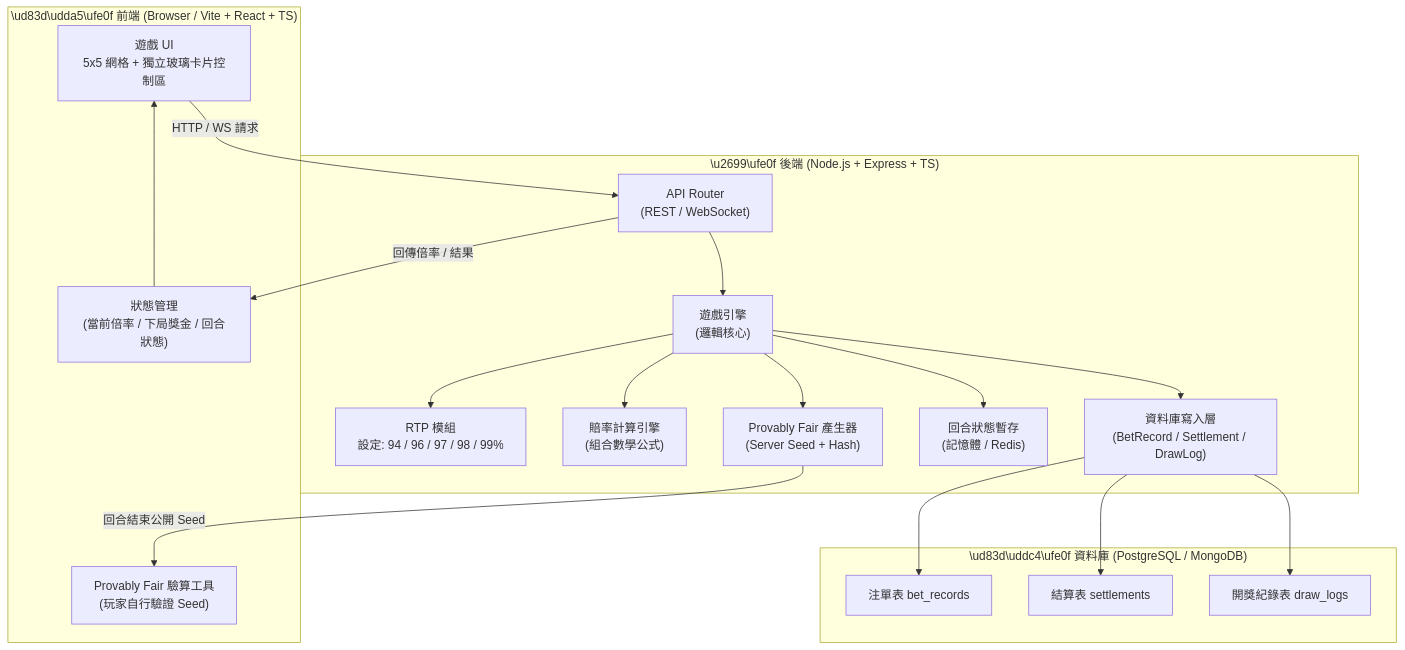
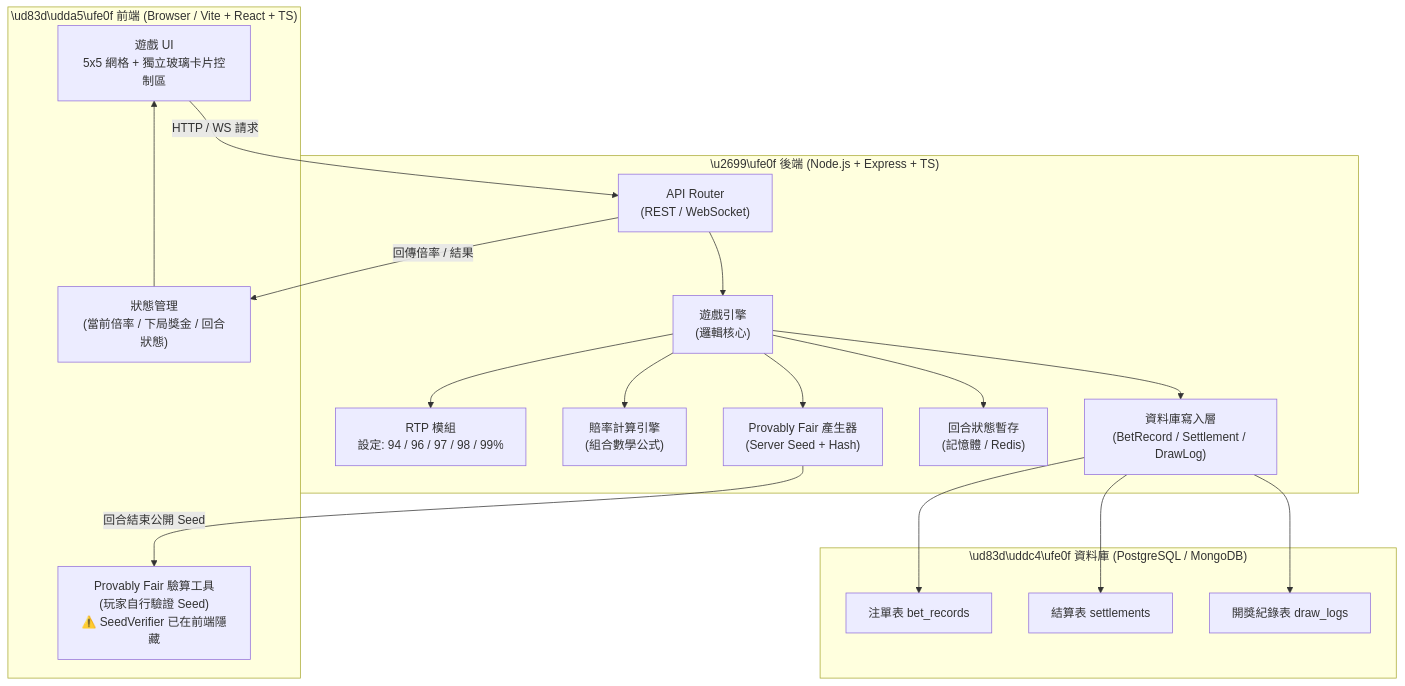
Before and after one commit to dalemiao3721/mines-game-prototype: the first of 2 diagrams in proposal.md, drawn with Mermaid. The commit also changed other lines of this file and 179 other files, not shown here.

````diff
--- a/proposal.md
+++ b/proposal.md
@@ -69,38 +75,38 @@
 ```mermaid
 graph TB
     subgraph Client["\ud83d\udda5\ufe0f  前端 (Browser / Vite + React + TS)"]
         UI["遊戲 UI\n5x5 網格 + 獨立玻璃卡片控制區"]
         State["狀態管理\n(當前倍率 / 下局獎金 / 回合狀態)"]
-        FairVerify["Provably Fair 驗算工具\n(玩家自行驗證 Seed)"]
+        FairVerify["Provably Fair 驗算工具\n(玩家自行驗證 Seed)\n⚠️ SeedVerifier 已在前端隱藏"]
     end
 
     subgraph Backend["\u2699\ufe0f  後端 (Node.js + Express + TS)"]
         Router["API Router\n(REST / WebSocket)"]
         GameEngine["遊戲引擎\n(邏輯核心)"]
         RTPModule["RTP 模組\n設定: 94 / 96 / 97 / 98 / 99%"]
         MultiplierCalc["賠率計算引擎\n(組合數學公式)"]
         ProvenFair["Provably Fair 產生器\n(Server Seed + Hash)"]
         SessionStore["回合狀態暫存\n(記憶體 / Redis)"]
         DBWriter["資料庫寫入層\n(BetRecord / Settlement / DrawLog)"]
     end
 
     subgraph Database["\ud83d\uddc4\ufe0f  資料庫 (PostgreSQL / MongoDB)"]
         BetTable["注單表 bet_records"]
         SettleTable["結算表 settlements"]
         DrawTable["開獎紀錄表 draw_logs"]
     end
 
     UI -- "HTTP / WS 請求" --> Router
     Router --> GameEngine
     GameEngine --> RTPModule
     GameEngine --> MultiplierCalc
     GameEngine --> ProvenFair
     GameEngine --> SessionStore
     GameEngine --> DBWriter
     DBWriter --> BetTable
     DBWriter --> SettleTable
     DBWriter --> DrawTable
     Router -- "回傳倍率 / 結果" --> State
     State --> UI
     ProvenFair -- "回合結束公開 Seed" --> FairVerify
 ```
````
